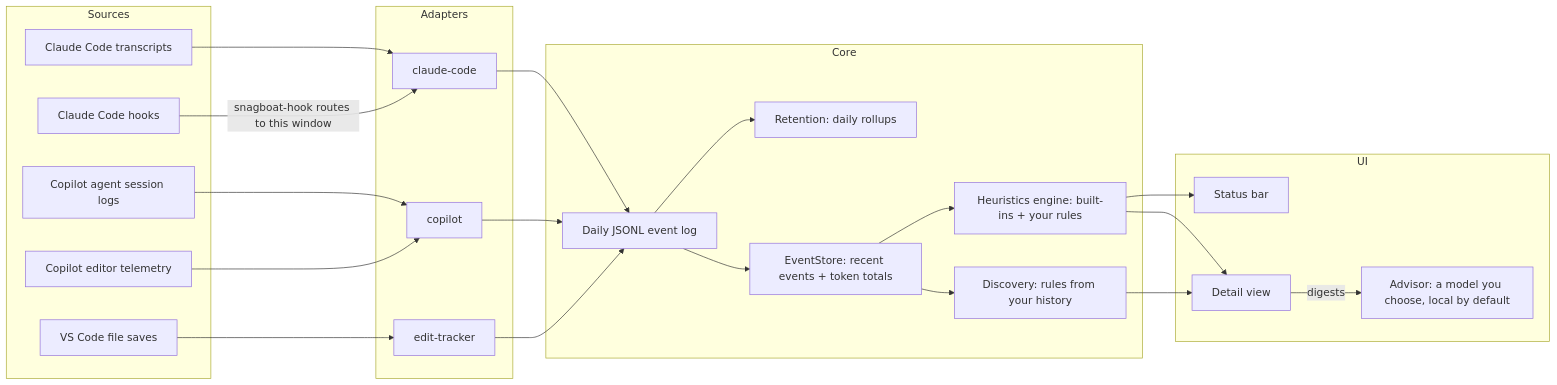
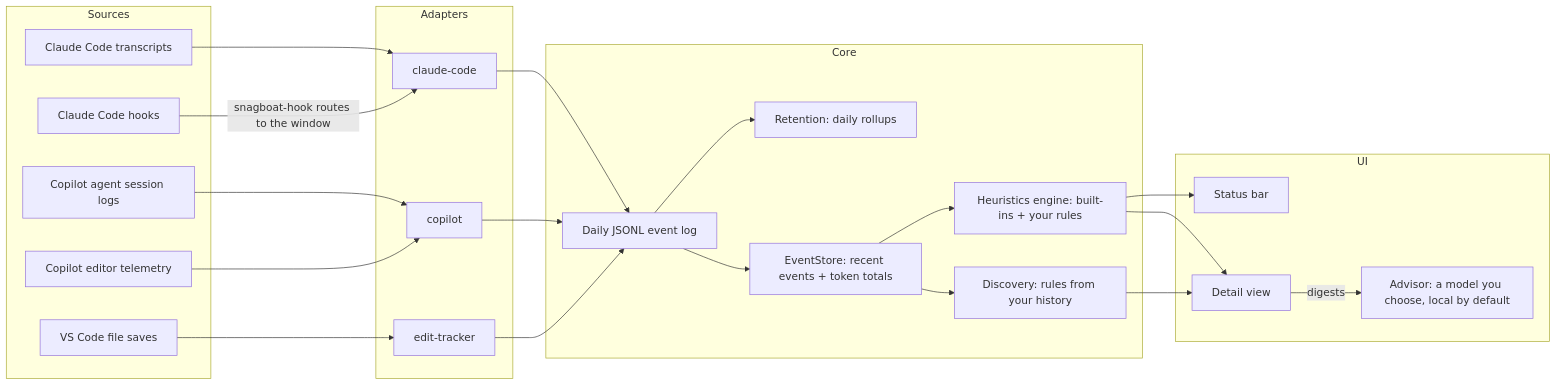
The second of 2 diagrams in docs/architecture.md (DChristianson/snagboat), drawn with Mermaid before and after one commit. The commit also changed other lines of this file and 6 other files, not shown here.

````diff
--- a/docs/architecture.md
+++ b/docs/architecture.md
@@ -66,41 +67,41 @@
 ```mermaid
 flowchart LR
   subgraph Sources
     Transcripts[Claude Code transcripts]
     Hooks[Claude Code hooks]
     CopilotCli[Copilot agent session logs]
     Copilot[Copilot editor telemetry]
     Saves[VS Code file saves]
   end
 
   subgraph Adapters
     ClaudeAdapter[claude-code]
     CopilotAdapter[copilot]
     EditTracker[edit-tracker]
   end
 
   subgraph Core
     EventLog[Daily JSONL event log]
     Retention[Retention: daily rollups]
     Store[EventStore: recent events + token totals]
     Heuristics[Heuristics engine: built-ins + your rules]
     Discovery[Discovery: rules from your history]
   end
 
   subgraph UI
     Status[Status bar]
     Detail[Detail view]
     Advisor[Advisor: a model you choose, local by default]
   end
 
   Transcripts --> ClaudeAdapter
-  Hooks -->|snagboat-hook routes to this window| ClaudeAdapter
+  Hooks -->|snagboat-hook routes to the window| ClaudeAdapter
   CopilotCli --> CopilotAdapter
   Copilot --> CopilotAdapter
   Saves --> EditTracker
   ClaudeAdapter & CopilotAdapter & EditTracker --> EventLog
   EventLog --> Retention
   EventLog --> Store --> Heuristics --> Status & Detail
   Store --> Discovery --> Detail
   Detail -->|digests| Advisor
 ```
````
